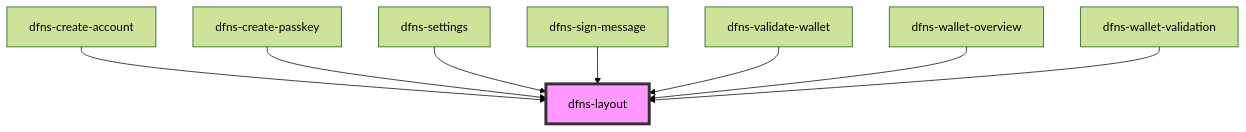
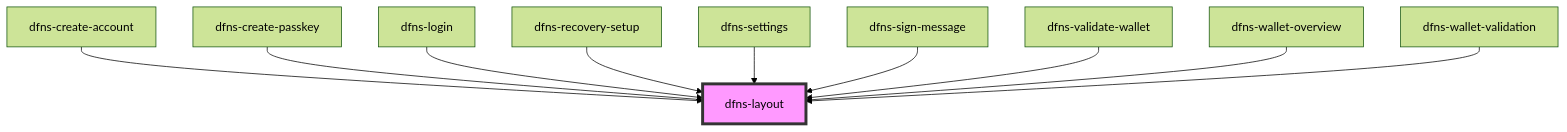
The diagram in src/components/Materials/Templates/dfns-layout/readme.md (dfnsext/web-ui), drawn with Mermaid (forest theme) before and after one commit. The commit also changed other lines of this file and 22 other files, not shown here.

````diff
--- a/src/components/Materials/Templates/dfns-layout/readme.md
+++ b/src/components/Materials/Templates/dfns-layout/readme.md
@@ -32,11 +33,13 @@
 ```mermaid
 graph TD;
   dfns-create-account --> dfns-layout
   dfns-create-passkey --> dfns-layout
+  dfns-login --> dfns-layout
+  dfns-recovery-setup --> dfns-layout
   dfns-settings --> dfns-layout
   dfns-sign-message --> dfns-layout
   dfns-validate-wallet --> dfns-layout
   dfns-wallet-overview --> dfns-layout
   dfns-wallet-validation --> dfns-layout
   style dfns-layout fill:#f9f,stroke:#333,stroke-width:4px
 ```
````
